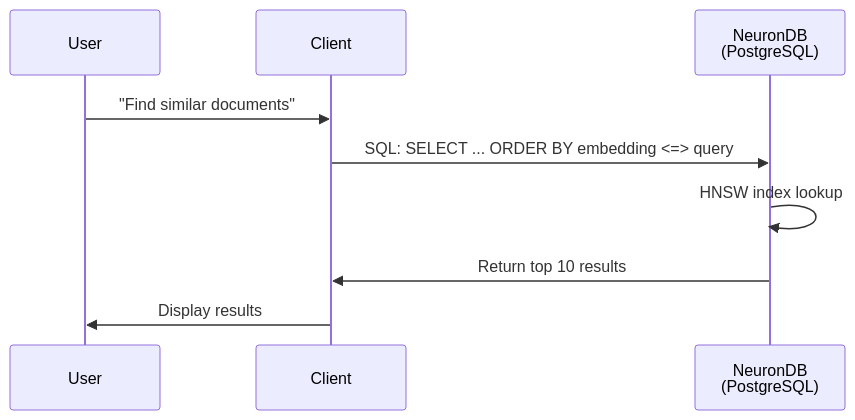
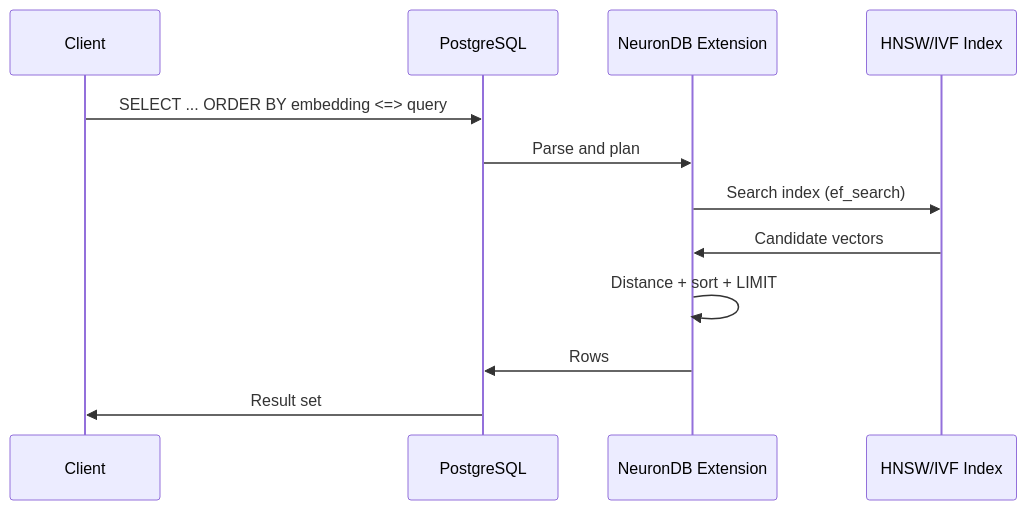
Before and after one commit to neurondb/neurondb: the first of 2 diagrams in docs/getting-started/architecture.md, drawn with Mermaid. The commit also changed other lines of this file and 78 other files, not shown here.

````diff
--- a/docs/getting-started/architecture.md
+++ b/docs/getting-started/architecture.md
@@ -368,12 +43,15 @@
 ```mermaid
 sequenceDiagram
-    participant User
     participant Client
-    participant NeuronDB as NeuronDB<br/>(PostgreSQL)
-    
-    User->>Client: "Find similar documents"
-    Client->>NeuronDB: SQL: SELECT ... ORDER BY embedding <=> query
-    NeuronDB->>NeuronDB: HNSW index lookup
-    NeuronDB->>Client: Return top 10 results
-    Client->>User: Display results
+    participant PG as PostgreSQL
+    participant ND as NeuronDB Extension
+    participant Index as HNSW/IVF Index
+
+    Client->>PG: SELECT ... ORDER BY embedding <=> query
+    PG->>ND: Parse and plan
+    ND->>Index: Search index (ef_search)
+    Index->>ND: Candidate vectors
+    ND->>ND: Distance + sort + LIMIT
+    ND->>PG: Rows
+    PG->>Client: Result set
 ```
````
